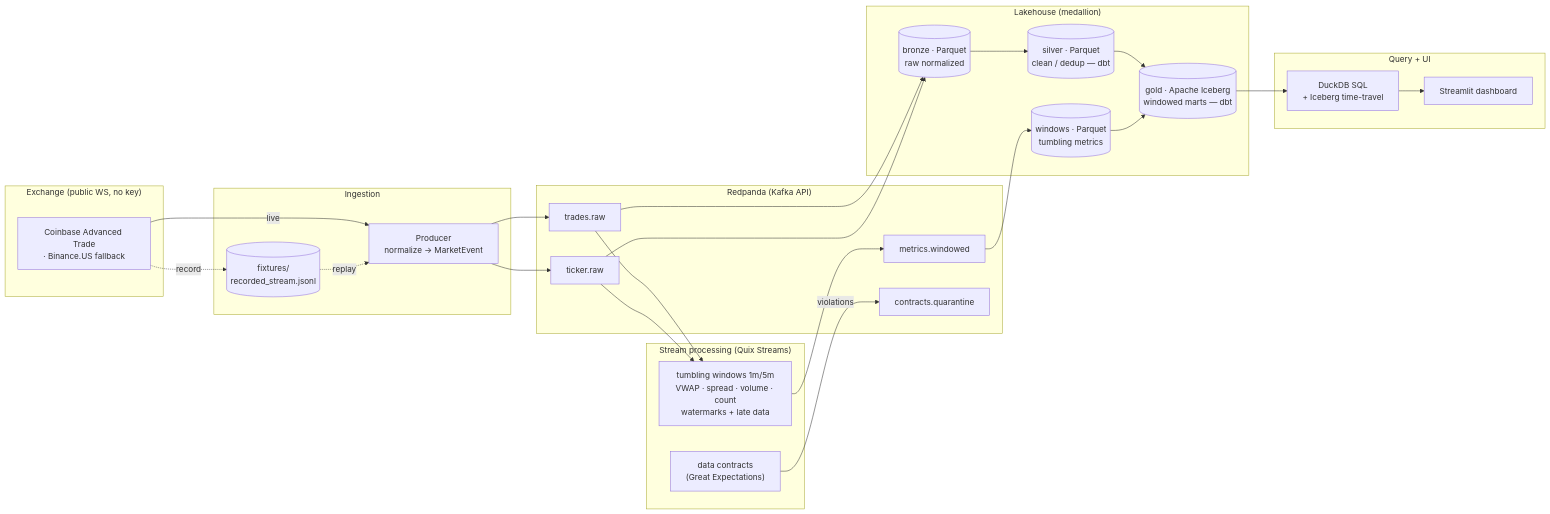
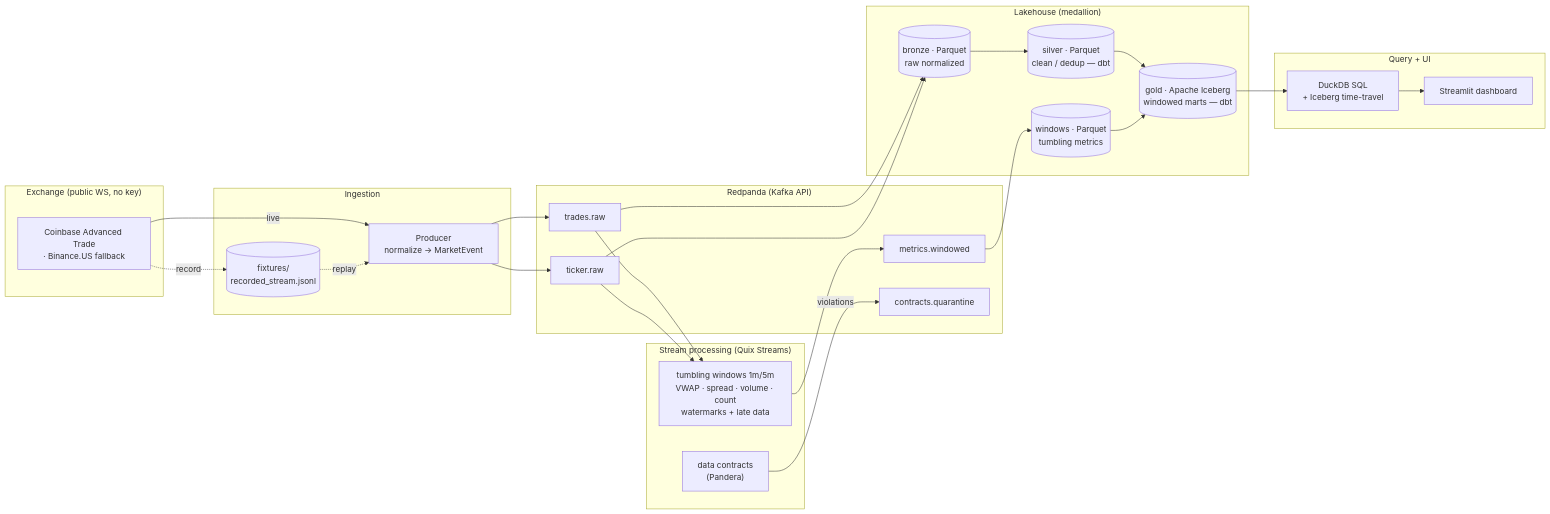
Before and after one commit to lithin45/tickstream-streaming-lakehouse: the diagram in README.md, drawn with Mermaid. The commit also changed other lines of this file and 23 other files, not shown here.

First line of the commit message:
Data contracts and SLAs

````diff
--- a/README.md
+++ b/README.md
@@ -21,49 +25,49 @@
 ```mermaid
 flowchart LR
     subgraph EX["Exchange (public WS, no key)"]
         CB["Coinbase Advanced Trade<br/>· Binance.US fallback"]
     end
 
     subgraph ING["Ingestion"]
         PROD["Producer<br/>normalize → MarketEvent"]
         REC[("fixtures/<br/>recorded_stream.jsonl")]
     end
 
     subgraph BROKER["Redpanda (Kafka API)"]
         T1["trades.raw"]
         T2["ticker.raw"]
         T3["metrics.windowed"]
         QT["contracts.quarantine"]
     end
 
     subgraph SP["Stream processing (Quix Streams)"]
         WIN["tumbling windows 1m/5m<br/>VWAP · spread · volume · count<br/>watermarks + late data"]
-        DQ["data contracts<br/>(Great Expectations)"]
+        DQ["data contracts<br/>(Pandera)"]
     end
 
     subgraph LAKE["Lakehouse (medallion)"]
         BRONZE[("bronze · Parquet<br/>raw normalized")]
         WINDOWS[("windows · Parquet<br/>tumbling metrics")]
         SILVER[("silver · Parquet<br/>clean / dedup — dbt")]
         GOLD[("gold · Apache Iceberg<br/>windowed marts — dbt")]
     end
 
     subgraph QUERY["Query + UI"]
         DUCK["DuckDB SQL<br/>+ Iceberg time-travel"]
         DASH["Streamlit dashboard"]
     end
 
     CB -->|live| PROD
     CB -.record.-> REC
     REC -.replay.-> PROD
     PROD --> T1 & T2
     T1 --> WIN
     T2 --> WIN
     T1 --> BRONZE
     T2 --> BRONZE
     WIN --> T3
     DQ -->|violations| QT
     BRONZE --> SILVER --> GOLD
     T3 --> WINDOWS --> GOLD
     GOLD --> DUCK --> DASH
 ```
````
